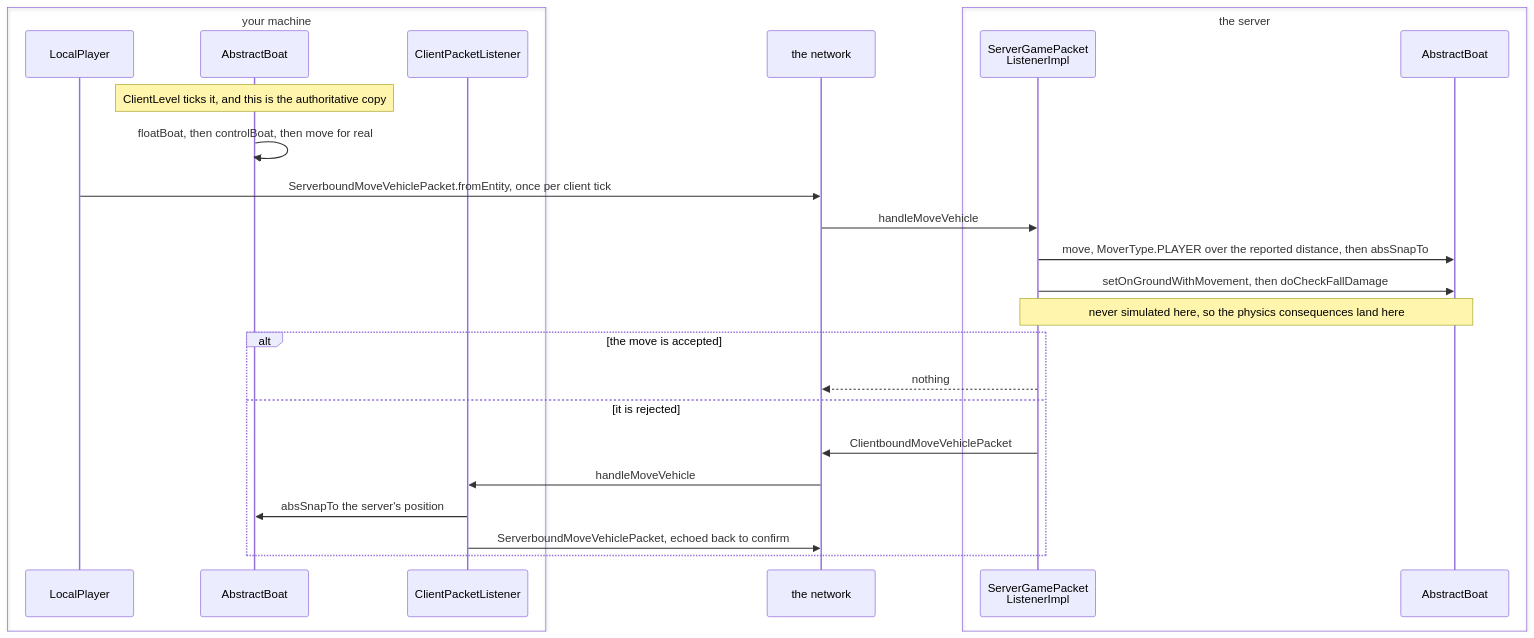
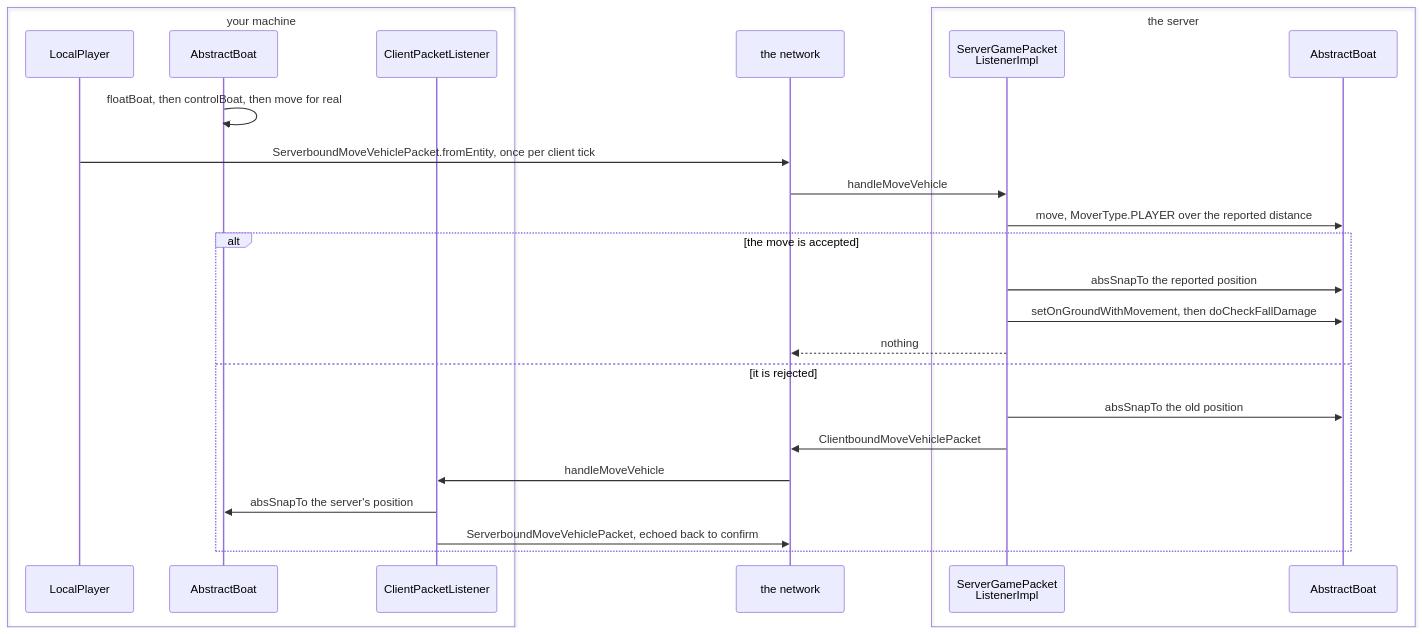
Before and after one commit to AlexanderjFraser/MinecraftDocs: the second of 2 diagrams in src/systems/entities/authority.md, drawn with Mermaid. The commit also changed other lines of this file and 21 other files, not shown here.

````diff
--- a/src/systems/entities/authority.md
+++ b/src/systems/entities/authority.md
@@ -195,29 +200,29 @@
 ```mermaid
 sequenceDiagram
     box transparent your machine
     participant LP as LocalPlayer
     participant AB as AbstractBoat
     participant CPL as ClientPacketListener
     end
     participant Wire as the network
     box transparent the server
     participant SGPL as ServerGamePacket<br/>ListenerImpl
     participant SAB as AbstractBoat
     end
 
-    Note over AB: ClientLevel ticks it, and this is the authoritative copy
     AB->>AB: floatBoat, then controlBoat, then move for real
     LP->>Wire: ServerboundMoveVehiclePacket.fromEntity, once per client tick
     Wire->>SGPL: handleMoveVehicle
-    SGPL->>SAB: move, MoverType.PLAYER over the reported distance, then absSnapTo
+    SGPL->>SAB: move, MoverType.PLAYER over the reported distance
+    alt the move is accepted
+    SGPL->>SAB: absSnapTo the reported position
     SGPL->>SAB: setOnGroundWithMovement, then doCheckFallDamage
-    Note over SGPL,SAB: never simulated here, so the physics consequences land here
-    alt the move is accepted
     SGPL-->>Wire: nothing
     else it is rejected
+    SGPL->>SAB: absSnapTo the old position
     SGPL->>Wire: ClientboundMoveVehiclePacket
     Wire->>CPL: handleMoveVehicle
     CPL->>AB: absSnapTo the server's position
     CPL->>Wire: ServerboundMoveVehiclePacket, echoed back to confirm
     end
 ```
````
